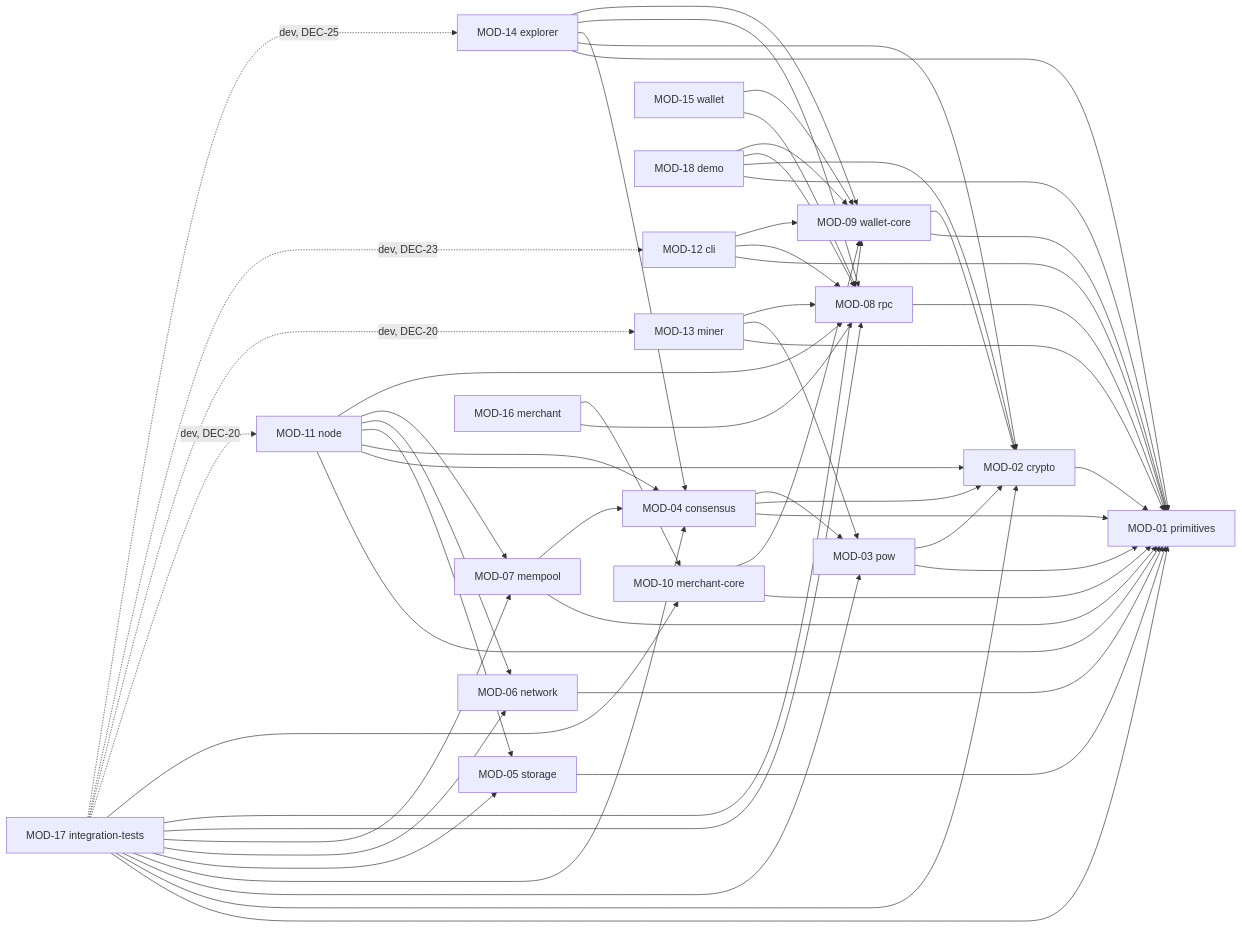
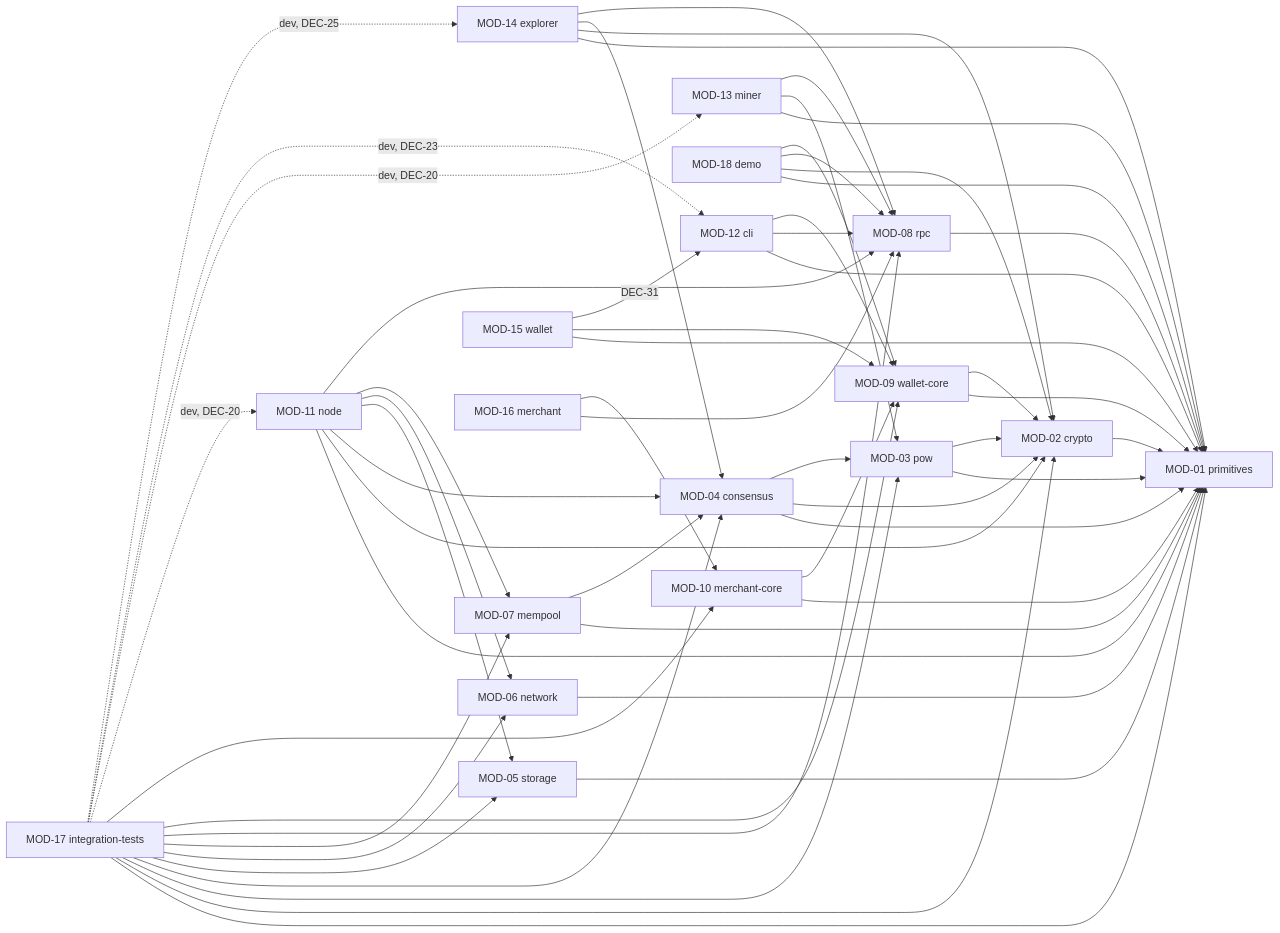
Before and after one commit to ratuaurion-dev/zevrigo: the diagram in docs/system-map.md, drawn with Mermaid. The commit also changed other lines of this file, not shown here.

Commit message:
docs: peta sistem, status modul, sisa pekerjaan, dan diagram dependensi sesuai Cargo.toml

```diff
--- a/docs/system-map.md
+++ b/docs/system-map.md
@@ -86,10 +105,10 @@
     MOD14 --> MOD02
     MOD14 --> MOD04
     MOD14 --> MOD08
-    MOD14 --> MOD09
 
-    MOD15 --> MOD08
+    MOD15 --> MOD01
     MOD15 --> MOD09
+    MOD15 -->|DEC-31| MOD12
 
     MOD16 --> MOD08
     MOD16 --> MOD10
```
